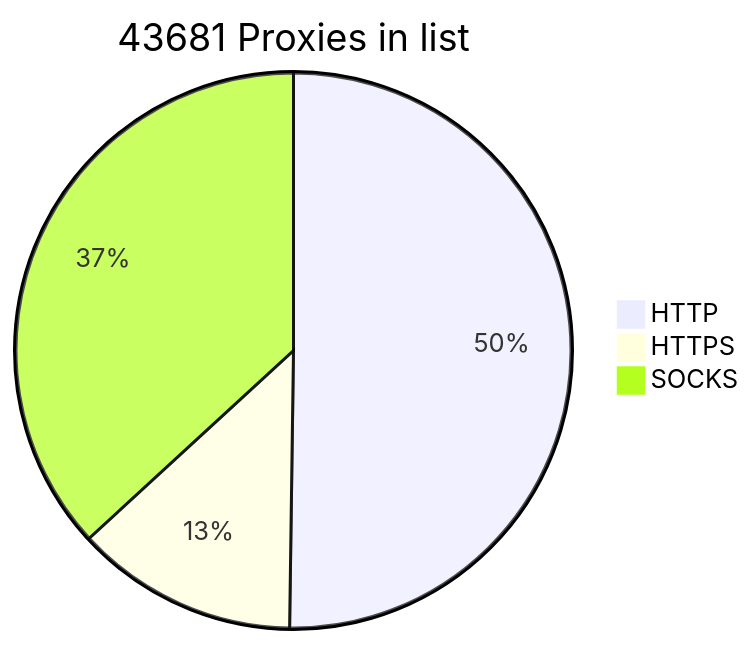
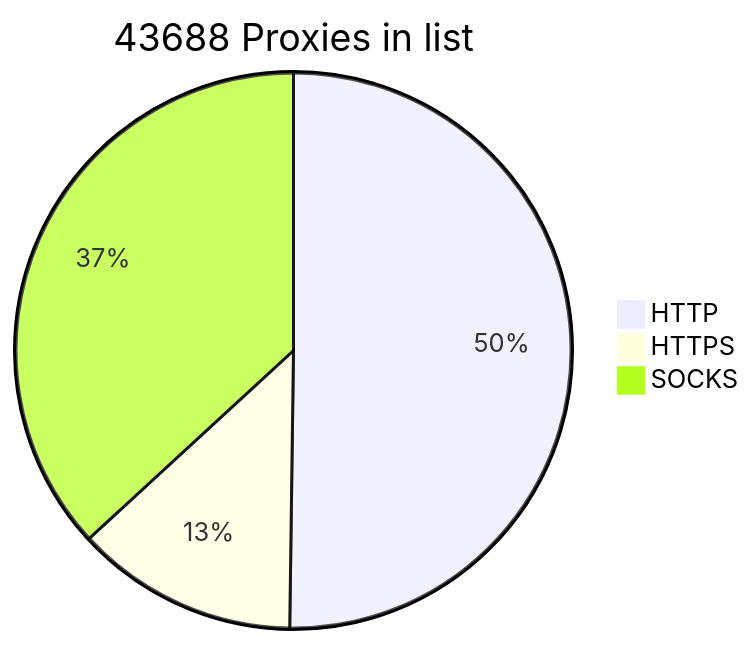
One commit to BlackSnowDot/proxylist-update-every-minute changed the diagram in README.md. Above: the diagram before and after it, drawn with Mermaid.

````diff
--- a/README.md
+++ b/README.md
@@ -2,6 +2,6 @@
 ```mermaid
-pie title 43681 Proxies in list
+pie title 43688 Proxies in list
     "HTTP" : 24435
     "HTTPS": 6300
-    "SOCKS" : 17918
+    "SOCKS" : 17925
 ```
````
